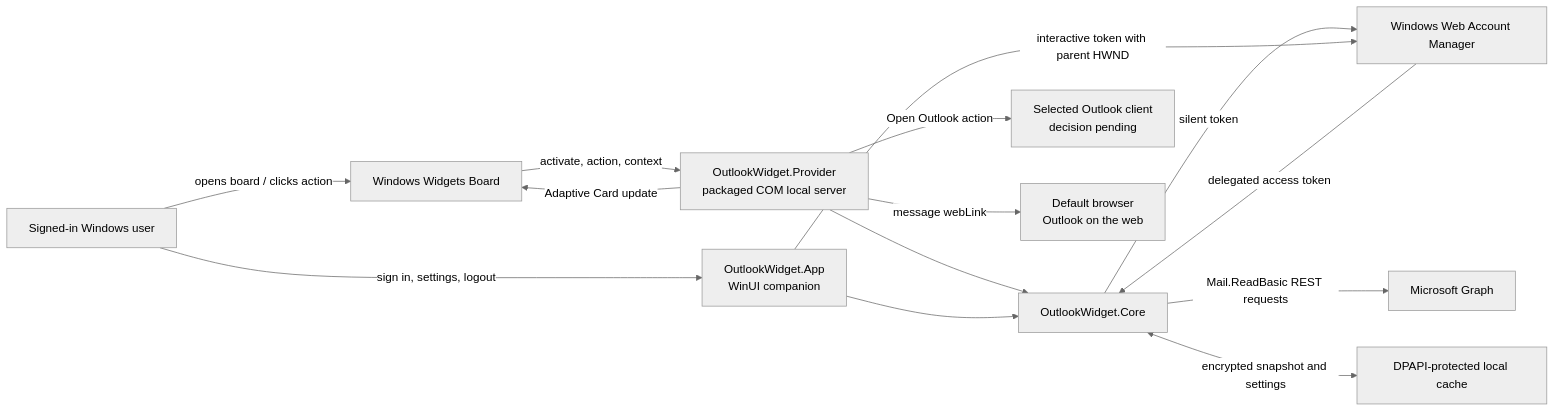
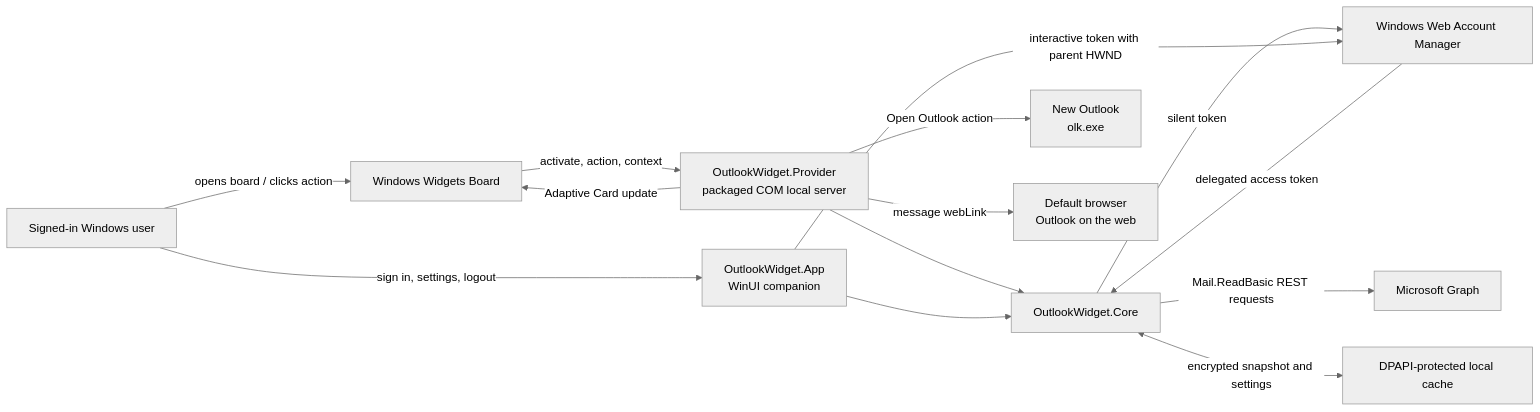
One commit to 415Group-Ray/Outlook-Widget changed the diagram in TECHNICAL_PLAN.md. Above: the diagram before and after it, drawn with Mermaid (neutral theme). The commit also changed other lines of this file and 1 other file, not shown here.

````diff
--- a/TECHNICAL_PLAN.md
+++ b/TECHNICAL_PLAN.md
@@ -121,27 +136,27 @@
 ```mermaid
 flowchart LR
     User["Signed-in Windows user"]
     Board["Windows Widgets Board"]
     Provider["OutlookWidget.Provider<br/>packaged COM local server"]
     App["OutlookWidget.App<br/>WinUI companion"]
     Core["OutlookWidget.Core"]
     WAM["Windows Web Account Manager"]
     Graph["Microsoft Graph"]
     Cache["DPAPI-protected local cache"]
-    Outlook["Selected Outlook client<br/>decision pending"]
+    Outlook["New Outlook<br/>olk.exe"]
     Browser["Default browser<br/>Outlook on the web"]
 
     User -->|"opens board / clicks action"| Board
     Board -->|"activate, action, context"| Provider
     Provider --> Core
     App --> Core
     User -->|"sign in, settings, logout"| App
     Core -->|"silent token"| WAM
     App -->|"interactive token with parent HWND"| WAM
     WAM -->|"delegated access token"| Core
     Core -->|"Mail.ReadBasic REST requests"| Graph
     Core <-->|"encrypted snapshot and settings"| Cache
     Provider -->|"Adaptive Card update"| Board
     Provider -->|"Open Outlook action"| Outlook
     Provider -->|"message webLink"| Browser
 ```
````
